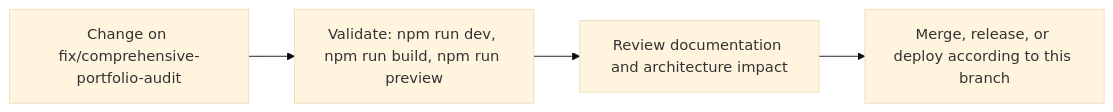
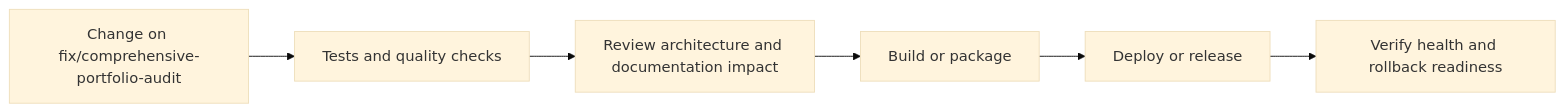
Before and after one commit to Nischhalsubba/nischhalsubba.com.np: the fourth of 5 diagrams in README.md, drawn with Mermaid (base theme). The commit also changed other lines of this file, not shown here.

````diff
--- a/README.md
+++ b/README.md
@@ -83,8 +161,8 @@
 ```mermaid
 flowchart LR
-    CHANGE["Change on fix/comprehensive-portfolio-audit"]
-    CHECK["Validate: npm run dev, npm run build, npm run preview"]
-    REVIEW["Review documentation and architecture impact"]
-    RELEASE["Merge, release, or deploy according to this branch"]
-    CHANGE --> CHECK --> REVIEW --> RELEASE
+    CHANGE["Change on fix/comprehensive-portfolio-audit"] --> CHECK["Tests and quality checks"]
+    CHECK --> REVIEW["Review architecture and documentation impact"]
+    REVIEW --> BUILD["Build or package"]
+    BUILD --> DEPLOY["Deploy or release"]
+    DEPLOY --> VERIFY["Verify health and rollback readiness"]
 ```
````
